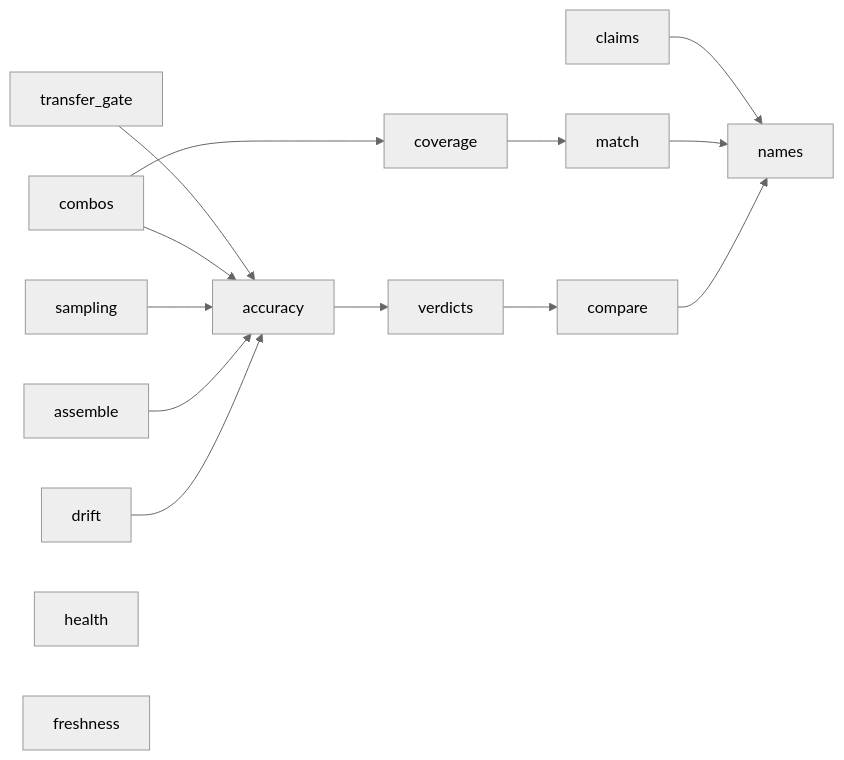
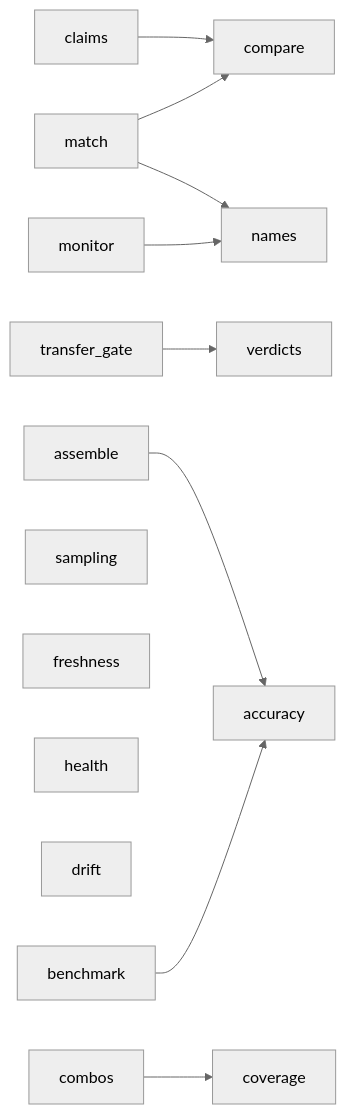
The diagram in docs/components/measure.md (yzz0806/sourcemap), drawn with Mermaid (neutral theme) before and after one commit. The commit also changed other lines of this file and 41 other files, not shown here.

First line of the commit message:
Stage 1: measuring rules — matching, coverage, gate, assembly, benchmark, monitor, drift

````diff
--- a/docs/components/measure.md
+++ b/docs/components/measure.md
@@ -8,17 +9,17 @@
 ```mermaid
 flowchart LR
-  claims --> names
+  claims --> compare
   match --> names
-  compare --> names
-  verdicts --> compare
-  accuracy --> verdicts
-  gate[transfer_gate] --> accuracy
-  coverage --> match
+  match --> compare
+  verdicts
+  accuracy
+  transfer_gate --> verdicts
+  assemble --> accuracy
   combos --> coverage
-  combos --> accuracy
-  sampling --> accuracy
-  assemble --> accuracy
-  drift --> accuracy
+  sampling
+  freshness
   health
-  freshness
+  drift
+  benchmark --> accuracy
+  monitor --> names
 ```
````
